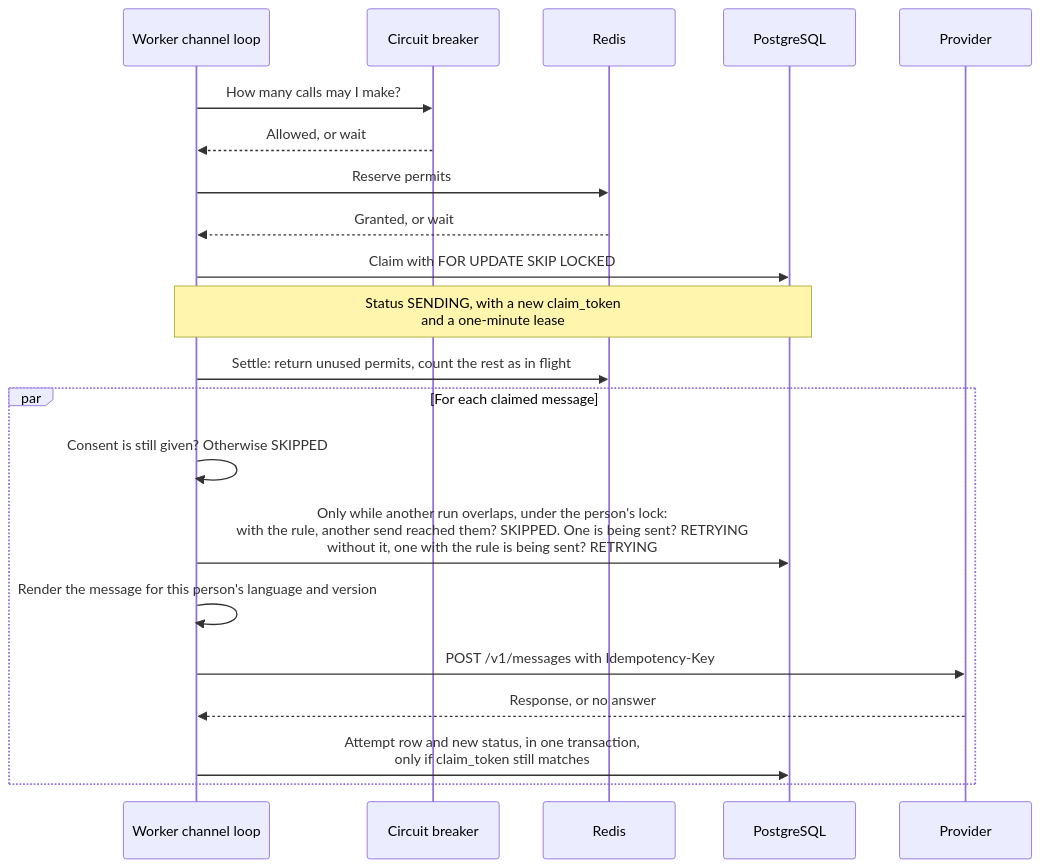
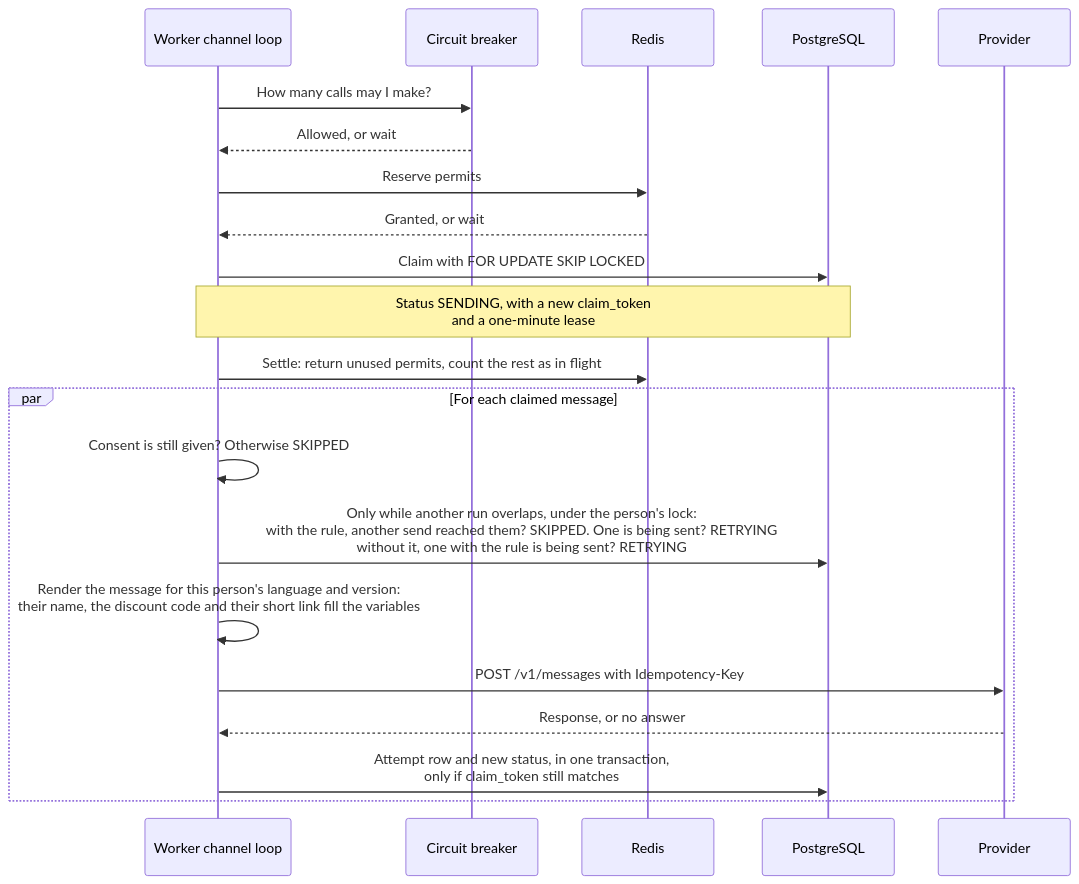
The sixth of 14 diagrams in docs/flows.md (negativexq/smart-campaign-composer), drawn with Mermaid before and after one commit. The commit also changed other lines of this file and 3 other files, not shown here.

Commit message:
docs: cover short links, discount codes and provider restarts, and log the mutation check finding

````diff
--- a/docs/flows.md
+++ b/docs/flows.md
@@ -173,24 +174,24 @@
 ```mermaid
 sequenceDiagram
     participant W as Worker channel loop
     participant B as Circuit breaker
     participant R as Redis
     participant D as PostgreSQL
     participant P as Provider
 
     W->>B: How many calls may I make?
     B-->>W: Allowed, or wait
     W->>R: Reserve permits
     R-->>W: Granted, or wait
     W->>D: Claim with FOR UPDATE SKIP LOCKED
     Note over W,D: Status SENDING, with a new claim_token<br/>and a one-minute lease
     W->>R: Settle: return unused permits, count the rest as in flight
     par For each claimed message
         W->>W: Consent is still given? Otherwise SKIPPED
         W->>D: Only while another run overlaps, under the person's lock:<br/>with the rule, another send reached them? SKIPPED. One is being sent? RETRYING<br/>without it, one with the rule is being sent? RETRYING
-        W->>W: Render the message for this person's language and version
+        W->>W: Render the message for this person's language and version:<br/>their name, the discount code and their short link fill the variables
         W->>P: POST /v1/messages with Idempotency-Key
         P-->>W: Response, or no answer
         W->>D: Attempt row and new status, in one transaction,<br/>only if claim_token still matches
     end
 ```
````
